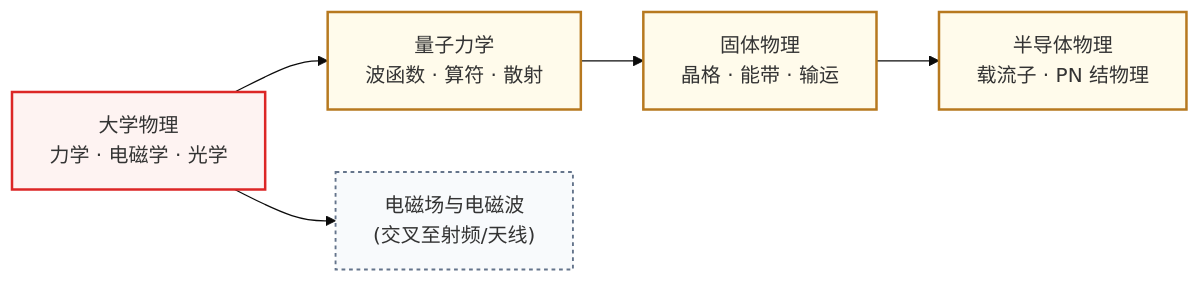
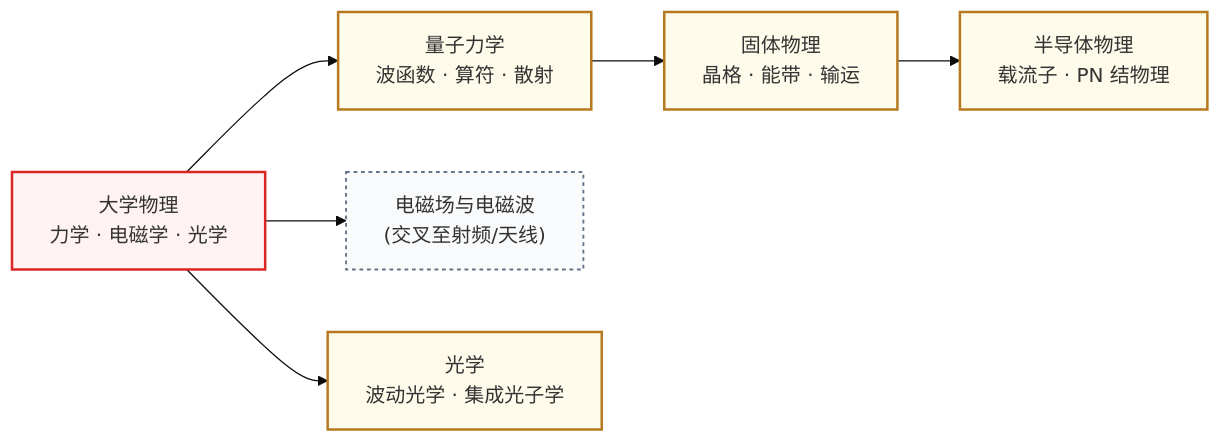
One commit to Crys-Chen/ic-guide changed the diagram in docs/课程资源/物理/index.md. Above: the diagram before and after it, drawn with Mermaid (base theme). The commit also changed other lines of this file and 7 other files, not shown here.

````diff
--- a/docs/课程资源/物理/index.md
+++ b/docs/课程资源/物理/index.md
@@ -15,14 +15,15 @@
 ```mermaid
 graph LR
     A["大学物理<br/>力学 · 电磁学 · 光学"] --> B["量子力学<br/>波函数 · 算符 · 散射"]
     B --> C["固体物理<br/>晶格 · 能带 · 输运"]
     C --> D["半导体物理<br/>载流子 · PN 结物理"]
     A --> E["电磁场与电磁波<br/>(交叉至射频/天线)"]
+    A --> F["光学<br/>波动光学 · 集成光子学"]
 
     classDef base fill:#FEF3F2,stroke:#DC2626,stroke-width:2px
     classDef advanced fill:#FFFBEB,stroke:#B7791F,stroke-width:2px
     classDef next fill:#F8FAFC,stroke:#64748B,stroke-width:1.5px,stroke-dasharray:3 3
     class A base
-    class B,C,D advanced
+    class B,C,D,F advanced
     class E next
 ```
````
